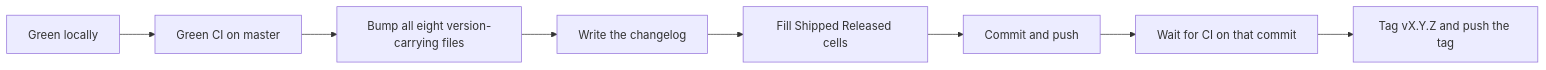
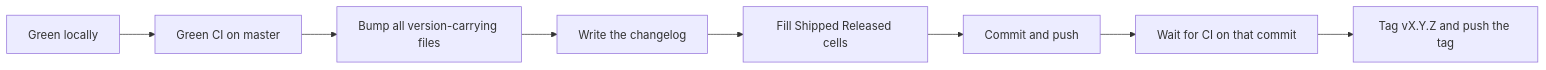
Before and after one commit to michal-niedzwiedzki/visimark: the second of 2 diagrams in docs/releasing.md, drawn with Mermaid. The commit also changed other lines of this file and 19 other files, not shown here.

````diff
--- a/docs/releasing.md
+++ b/docs/releasing.md
@@ -302,10 +303,10 @@
 ```mermaid
 flowchart LR
   local[Green locally] --> ci[Green CI on master]
-  ci --> bump[Bump all eight version-carrying files]
+  ci --> bump[Bump all version-carrying files]
   bump --> cl[Write the changelog]
   cl --> promo[Fill Shipped Released cells]
   promo --> commit[Commit and push]
   commit --> wait[Wait for CI on that commit]
   wait --> tag[Tag vX.Y.Z and push the tag]
 ```
````
